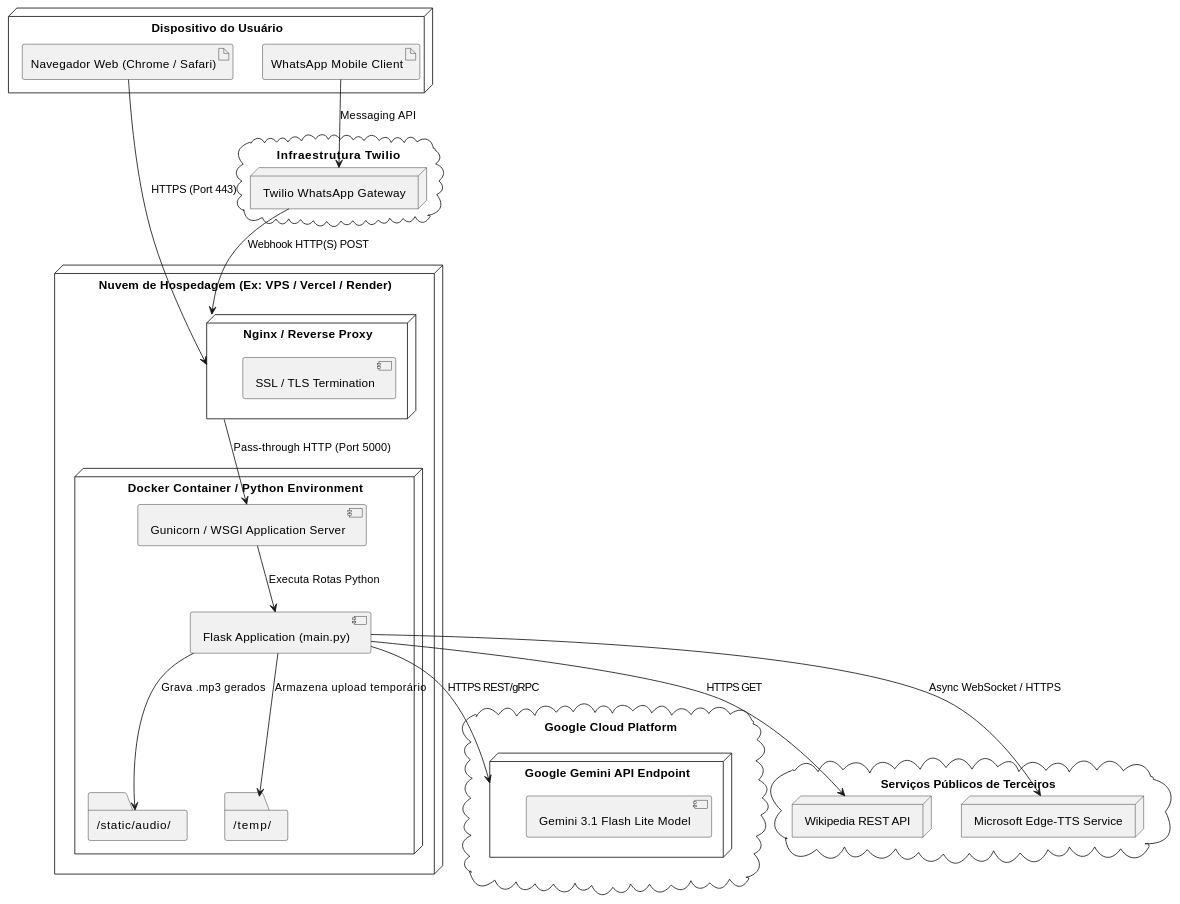
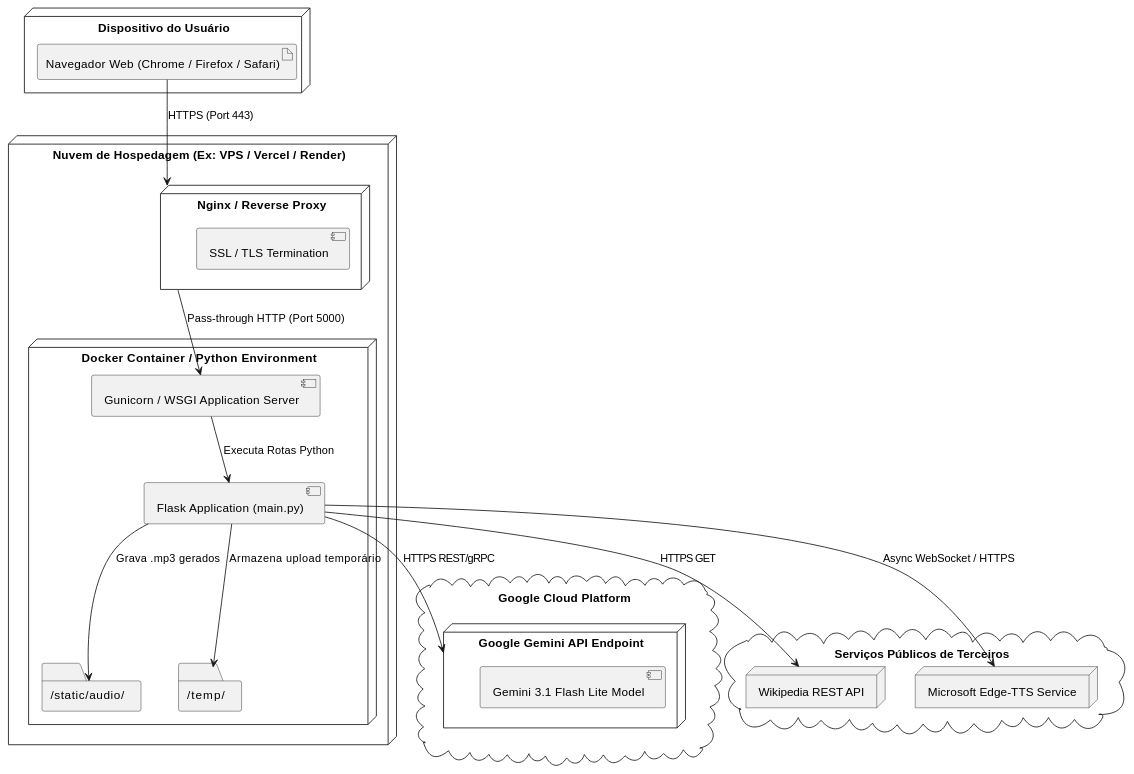
One commit to MATHEUS111JUNDIAI/bot-ingles changed the eighth of 9 diagrams in docs/architecture.md. Above: the diagram before and after it, drawn with PlantUML. The commit also changed other lines of this file and 11 other files, not shown here.

Commit message:
refactor: remove legacy whatsapp twilio code and update diagrams to 100% web architecture

````diff
--- a/docs/architecture.md
+++ b/docs/architecture.md
@@ -370,52 +359,45 @@
 ```plantuml
 @startuml Deployment_Diagram_Teacher_Sarah
 
 node "Dispositivo do Usuário" as UserDevice {
-    artifact "Navegador Web (Chrome / Safari)" as Browser
-    artifact "WhatsApp Mobile Client" as WhatsAppApp
+    artifact "Navegador Web (Chrome / Firefox / Safari)" as Browser
 }
 
 node "Nuvem de Hospedagem (Ex: VPS / Vercel / Render)" as HostServer {
     node "Nginx / Reverse Proxy" as Proxy {
         component "SSL / TLS Termination"
     }
 
     node "Docker Container / Python Environment" as DockerApp {
         component "Gunicorn / WSGI Application Server" as WSGI
         component "Flask Application (main.py)" as FlaskApp
         folder "/static/audio/" as AudioStore
         folder "/temp/" as TempStore
     }
 }
 
 cloud "Google Cloud Platform" {
     node "Google Gemini API Endpoint" as GeminiCloud {
         component "Gemini 3.1 Flash Lite Model"
     }
 }
 
-cloud "Infraestrutura Twilio" {
-    node "Twilio WhatsApp Gateway" as TwilioGateway
-}
-
 cloud "Serviços Públicos de Terceiros" {
     node "Wikipedia REST API" as WikiCloud
     node "Microsoft Edge-TTS Service" as EdgeTTSCloud
 }
 
 Browser --> Proxy : HTTPS (Port 443)
-WhatsAppApp --> TwilioGateway : Messaging API
-TwilioGateway --> Proxy : Webhook HTTP(S) POST
 
 Proxy --> WSGI : Pass-through HTTP (Port 5000)
 WSGI --> FlaskApp : Executa Rotas Python
 
 FlaskApp --> AudioStore : Grava .mp3 gerados
 FlaskApp --> TempStore : Armazena upload temporário
 
 FlaskApp --> GeminiCloud : HTTPS REST/gRPC
 FlaskApp --> WikiCloud : HTTPS GET
 FlaskApp --> EdgeTTSCloud : Async WebSocket / HTTPS
 
 @enduml
 ```
````
